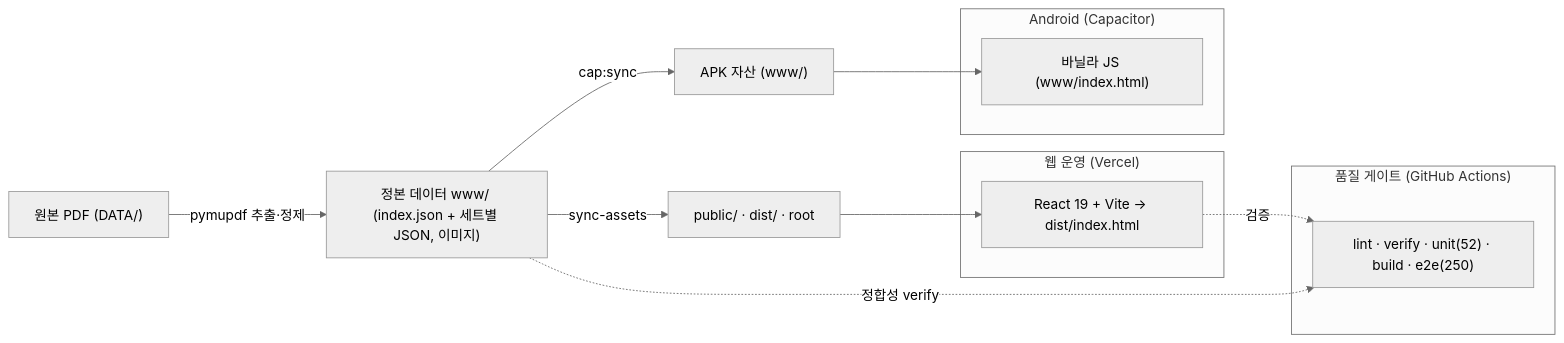
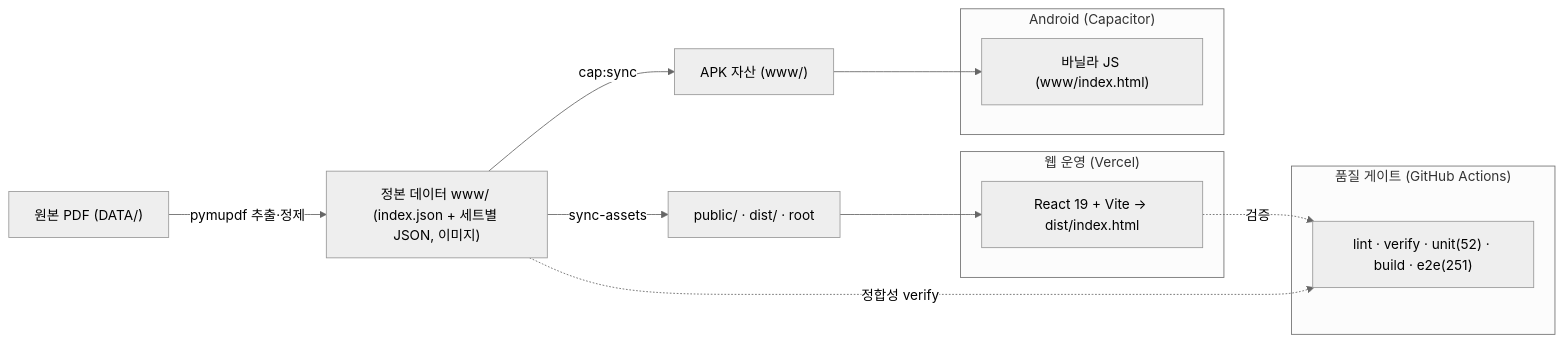
The diagram in README.md (WindowHyun/ISTQB), drawn with Mermaid (neutral theme) before and after one commit. The commit also changed other lines of this file and 4 other files, not shown here.

````diff
--- a/README.md
+++ b/README.md
@@ -165,21 +165,21 @@
 ```mermaid
 flowchart LR
   PDF["원본 PDF (DATA/)"] -->|pymupdf 추출·정제| SRC["정본 데이터 www/ (index.json + 세트별 JSON, 이미지)"]
   SRC -->|sync-assets| PUB["public/ · dist/ · root"]
   SRC -->|cap:sync| WWW["APK 자산 (www/)"]
 
   subgraph 웹_운영["웹 운영 (Vercel)"]
     REACT["React 19 + Vite → dist/index.html"]
   end
   subgraph APK["Android (Capacitor)"]
     VANILLA["바닐라 JS (www/index.html)"]
   end
   PUB --> REACT
   WWW --> VANILLA
 
   subgraph 품질["품질 게이트 (GitHub Actions)"]
-    CI["lint · verify · unit(52) · build · e2e(250)"]
+    CI["lint · verify · unit(52) · build · e2e(251)"]
   end
   REACT -.검증.-> CI
   SRC -.정합성 verify.-> CI
 ```
````
